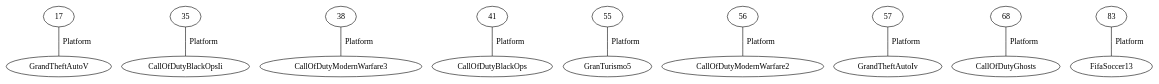
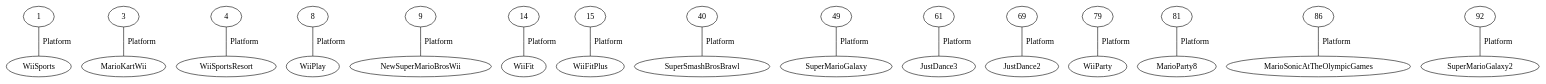
Before and after one commit to tiagohpf/WS_GameSales: the diagram in dotout/games_platform.gv, drawn with Graphviz. The commit also changed 7 other files, not shown here.

```diff
--- a/dotout/games_platform.gv
+++ b/dotout/games_platform.gv
@@ -1,13 +1,19 @@
  
         graph "grafo" { 
         overlap = "scale"; 
-        17 -- GrandTheftAutoV [label=Platform]
-35 -- CallOfDutyBlackOpsIi [label=Platform]
-38 -- CallOfDutyModernWarfare3 [label=Platform]
-41 -- CallOfDutyBlackOps [label=Platform]
-55 -- GranTurismo5 [label=Platform]
-56 -- CallOfDutyModernWarfare2 [label=Platform]
-57 -- GrandTheftAutoIv [label=Platform]
-68 -- CallOfDutyGhosts [label=Platform]
-83 -- FifaSoccer13 [label=Platform]
+        1 -- WiiSports [label=Platform]
+3 -- MarioKartWii [label=Platform]
+4 -- WiiSportsResort [label=Platform]
+8 -- WiiPlay [label=Platform]
+9 -- NewSuperMarioBrosWii [label=Platform]
+14 -- WiiFit [label=Platform]
+15 -- WiiFitPlus [label=Platform]
+40 -- SuperSmashBrosBrawl [label=Platform]
+49 -- SuperMarioGalaxy [label=Platform]
+61 -- JustDance3 [label=Platform]
+69 -- JustDance2 [label=Platform]
+79 -- WiiParty [label=Platform]
+81 -- MarioParty8 [label=Platform]
+86 -- MarioSonicAtTheOlympicGames [label=Platform]
+92 -- SuperMarioGalaxy2 [label=Platform]
 }
```
